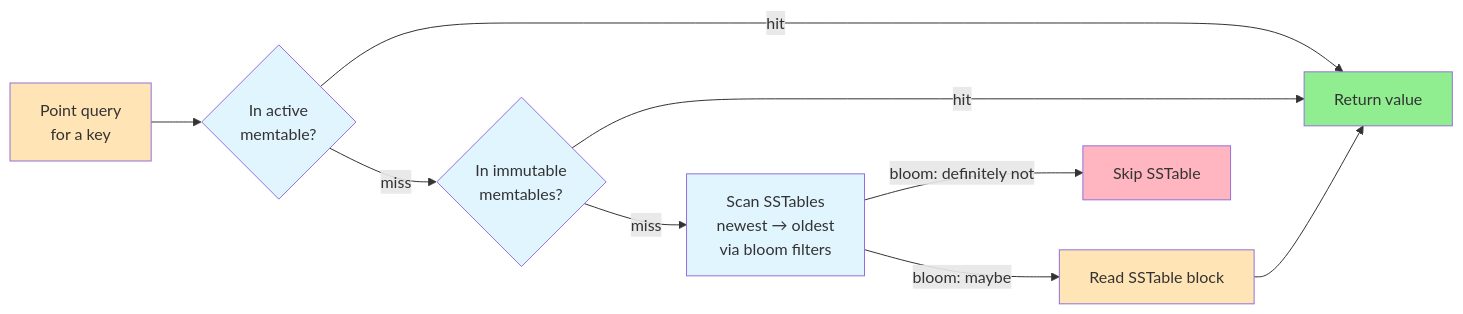
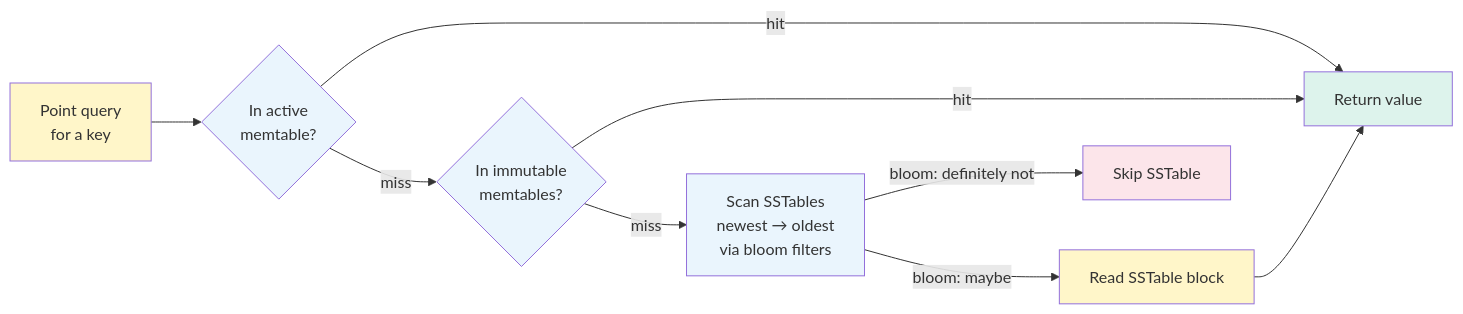
The diagram in LLD/SystemDesign/CoreConcepts/DatabaseIndexing.md (cartmancodes/InterviewVault), drawn with Mermaid before and after one commit. The commit also changed 679 other files, not shown here.

Commit message:
Unify content diagrams and add accessible visual walkthroughs

````diff
--- a/LLD/SystemDesign/CoreConcepts/DatabaseIndexing.md
+++ b/LLD/SystemDesign/CoreConcepts/DatabaseIndexing.md
@@ -173,19 +173,19 @@
 ```mermaid
 graph LR
     Q[Point query<br/>for a key] --> M{In active<br/>memtable?}
     M -->|hit| R[Return value]
     M -->|miss| IM{In immutable<br/>memtables?}
     IM -->|hit| R
     IM -->|miss| BF["Scan SSTables<br/>newest → oldest<br/>via bloom filters"]
     BF -->|"bloom: definitely not"| SKIP[Skip SSTable]
     BF -->|"bloom: maybe"| READ[Read SSTable block]
     READ --> R
 
-    style Q fill:#FFE4B5
-    style M fill:#e1f5ff
-    style IM fill:#e1f5ff
-    style BF fill:#e1f5ff
-    style READ fill:#FFE4B5
-    style SKIP fill:#FFB6C1
-    style R fill:#90EE90
+    style Q fill:#FFF6C9
+    style M fill:#EAF5FD
+    style IM fill:#EAF5FD
+    style BF fill:#EAF5FD
+    style READ fill:#FFF6C9
+    style SKIP fill:#FCE5EA
+    style R fill:#DDF3EC
 ```
````
